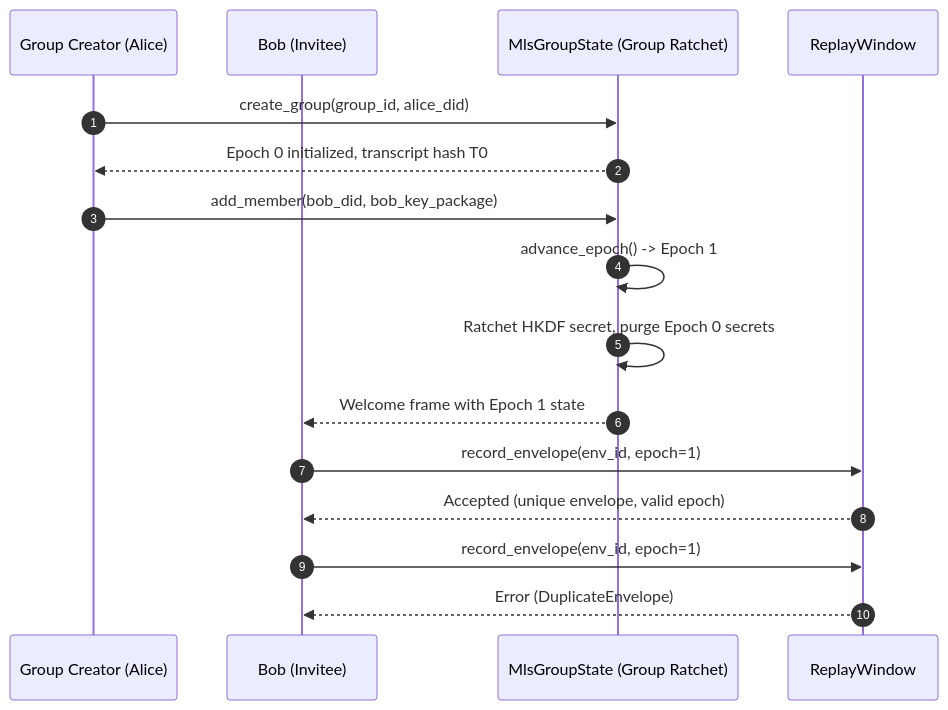
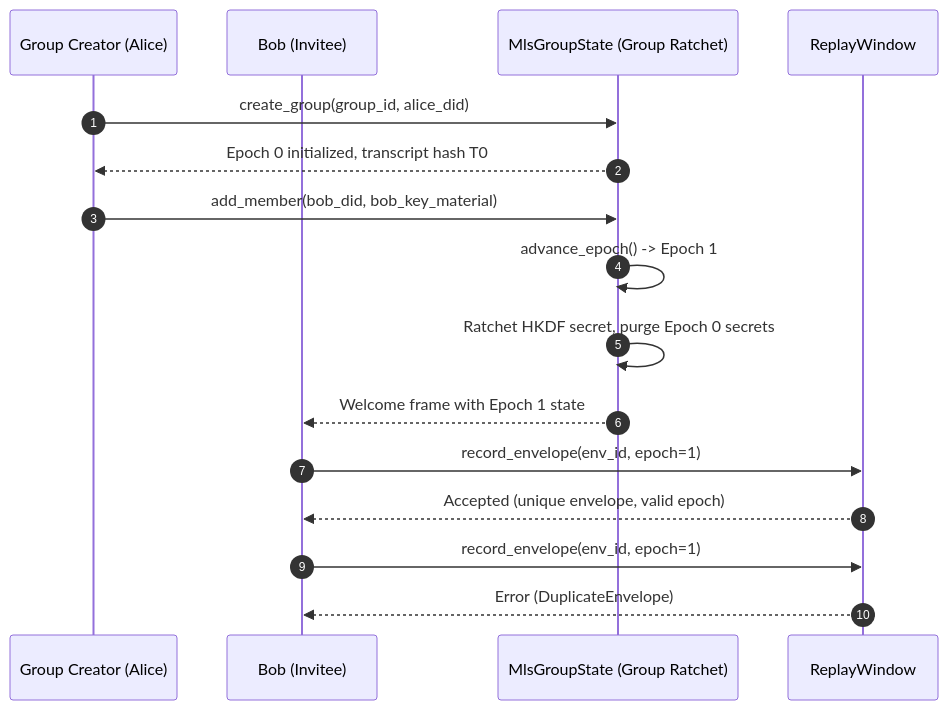
The third of 5 diagrams in docs/DIAGRAMS.md (alfonsodg/sonaraim-protocol), drawn with Mermaid before and after one commit. The commit also changed 20 other files, not shown here.

````diff
--- a/docs/DIAGRAMS.md
+++ b/docs/DIAGRAMS.md
@@ -50,19 +50,19 @@
 ```mermaid
 sequenceDiagram
     autonumber
     participant G as Group Creator (Alice)
     participant B as Bob (Invitee)
     participant S as MlsGroupState (Group Ratchet)
     participant R as ReplayWindow
 
     G->>S: create_group(group_id, alice_did)
     S-->>G: Epoch 0 initialized, transcript hash T0
-    G->>S: add_member(bob_did, bob_key_package)
+    G->>S: add_member(bob_did, bob_key_material)
     S->>S: advance_epoch() -> Epoch 1
     S->>S: Ratchet HKDF secret, purge Epoch 0 secrets
     S-->>B: Welcome frame with Epoch 1 state
     B->>R: record_envelope(env_id, epoch=1)
     R-->>B: Accepted (unique envelope, valid epoch)
     B->>R: record_envelope(env_id, epoch=1)
     R-->>B: Error (DuplicateEnvelope)
 ```
````
